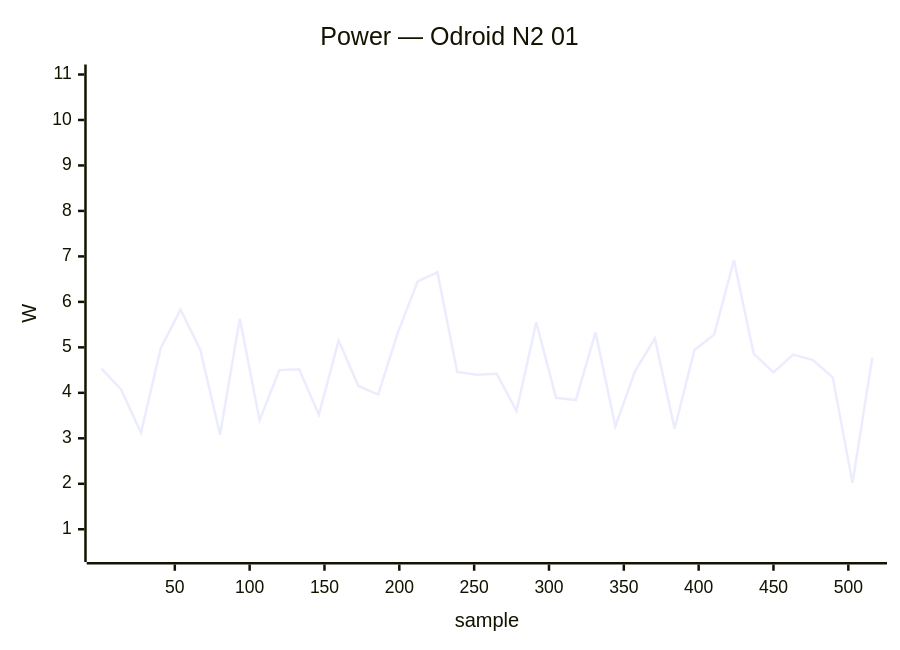
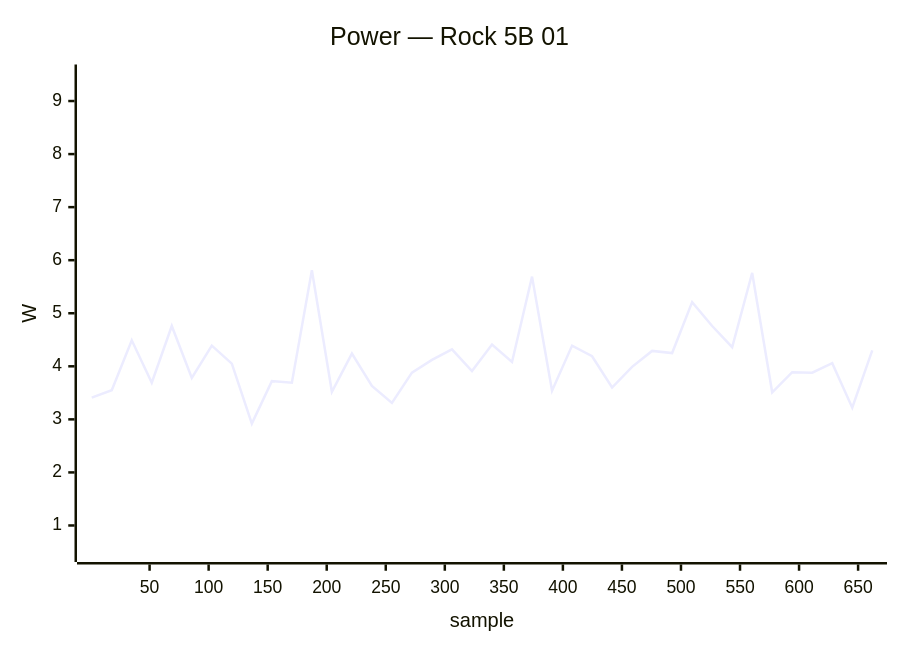
One commit to armbian/documentation changed the ninth of 34 diagrams in docs/status/board-tests.md. Above: the diagram before and after it, drawn with Mermaid. The commit also changed other lines of this file, not shown here.

````diff
--- a/docs/status/board-tests.md
+++ b/docs/status/board-tests.md
@@ -423,7 +559,7 @@
 ```mermaid
 xychart-beta
-    title "Power — Odroid N2 01"
-    x-axis "sample" 1 --> 516
-    y-axis "W" 0.5 --> 11.0
-    line [4.53, 4.07, 3.12, 4.98, 5.83, 4.95, 3.08, 5.63, 3.40, 4.50, 4.52, 3.52, 5.15, 4.15, 3.96, 5.33, 6.45, 6.65, 4.46, 4.40, 4.42, 3.60, 5.55, 3.89, 3.84, 5.33, 3.26, 4.48, 5.20, 3.21, 4.94, 5.28, 6.92, 4.86, 4.45, 4.84, 4.72, 4.34, 2.02, 4.77]
+    title "Power — Rock 5B 01"
+    x-axis "sample" 1 --> 662
+    y-axis "W" 0.5 --> 9.5
+    line [3.41, 3.55, 4.49, 3.69, 4.76, 3.78, 4.39, 4.05, 2.92, 3.72, 3.69, 5.81, 3.52, 4.24, 3.63, 3.31, 3.88, 4.12, 4.32, 3.91, 4.41, 4.08, 5.69, 3.54, 4.39, 4.19, 3.60, 3.99, 4.29, 4.25, 5.21, 4.76, 4.36, 5.76, 3.51, 3.89, 3.88, 4.06, 3.22, 4.30]
 ```
````
